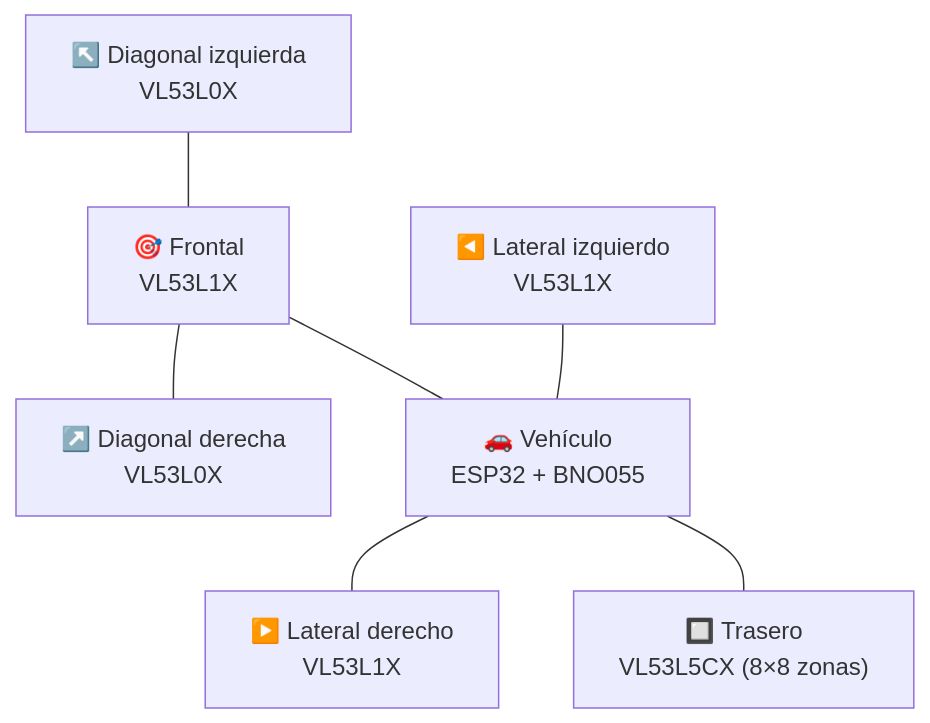
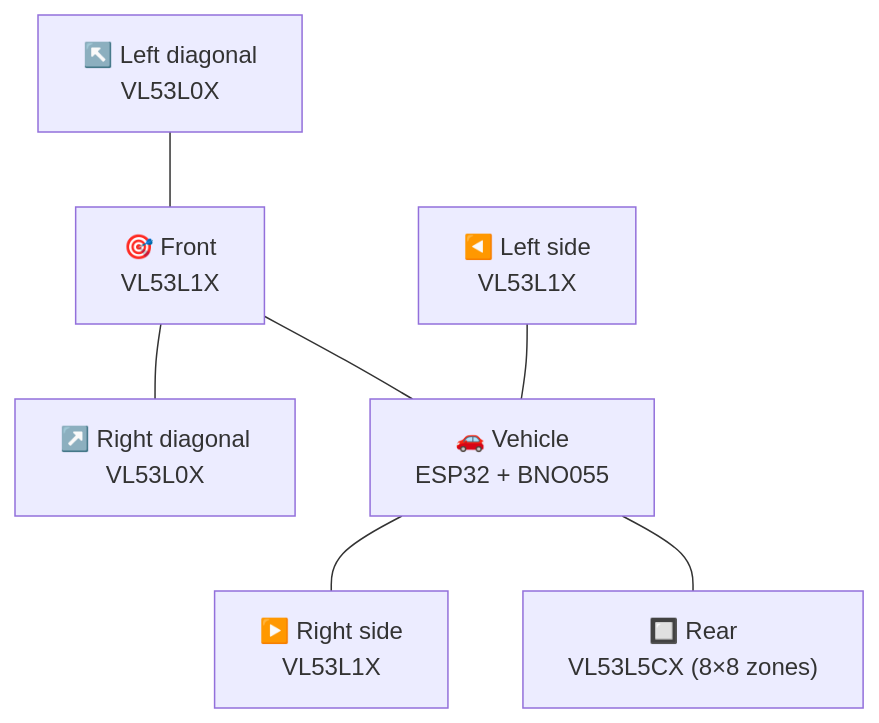
Before and after one commit to erchivox/Prometheus-Team-2026: diagram 17 of 18 in README.md, drawn with Mermaid. The commit also changed other lines of this file and 8 other files, not shown here.

````diff
--- a/README.md
+++ b/README.md
@@ -1903,15 +1903,15 @@
 ```mermaid
 flowchart TB
-    F["🎯 Frontal<br/>VL53L1X"]
-    DI["↖️ Diagonal izquierda<br/>VL53L0X"]
-    DD["↗️ Diagonal derecha<br/>VL53L0X"]
-    I["◀️ Lateral izquierdo<br/>VL53L1X"]
-    CAR["🚗 Vehículo<br/>ESP32 + BNO055"]
-    D["▶️ Lateral derecho<br/>VL53L1X"]
-    T["🔲 Trasero<br/>VL53L5CX (8×8 zonas)"]
+    F["🎯 Front<br/>VL53L1X"]
+    DI["↖️ Left diagonal<br/>VL53L0X"]
+    DD["↗️ Right diagonal<br/>VL53L0X"]
+    I["◀️ Left side<br/>VL53L1X"]
+    CAR["🚗 Vehicle<br/>ESP32 + BNO055"]
+    D["▶️ Right side<br/>VL53L1X"]
+    T["🔲 Rear<br/>VL53L5CX (8×8 zones)"]
 
     DI --- F --- DD
     I --- CAR --- D
     F --- CAR
     CAR --- T
 ```
````
